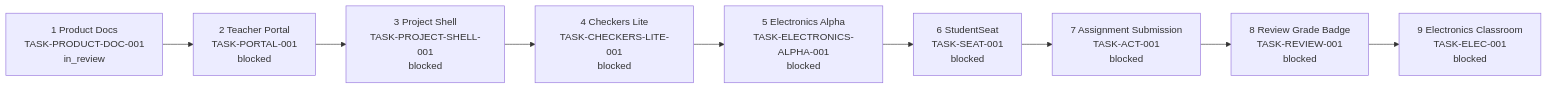
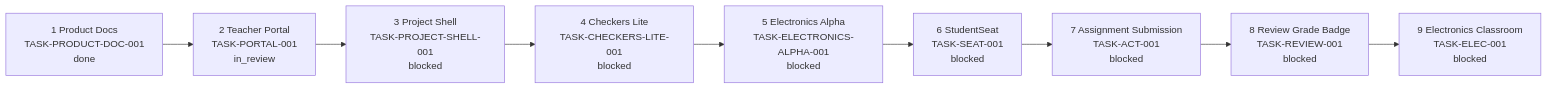
The first of 6 diagrams in docs/project-map/PROJECT_MAP.md (spikeal8-maker/asa-lab), drawn with Mermaid before and after one commit. The commit also changed 114 other files, not shown here.

First line of the commit message:
feat: Teacher Portal v0.1 (TASK-PORTAL-001)

````diff
--- a/docs/project-map/PROJECT_MAP.md
+++ b/docs/project-map/PROJECT_MAP.md
@@ -21,14 +21,14 @@
 ```mermaid
 flowchart LR
-    DOC[1 Product Docs<br/>TASK-PRODUCT-DOC-001<br/>in_review]
-    PORTAL[2 Teacher Portal<br/>TASK-PORTAL-001<br/>blocked]
+    DOC[1 Product Docs<br/>TASK-PRODUCT-DOC-001<br/>done]
+    PORTAL[2 Teacher Portal<br/>TASK-PORTAL-001<br/>in_review]
     PROJECT[3 Project Shell<br/>TASK-PROJECT-SHELL-001<br/>blocked]
     CHECKERS[4 Checkers Lite<br/>TASK-CHECKERS-LITE-001<br/>blocked]
     EALPHA[5 Electronics Alpha<br/>TASK-ELECTRONICS-ALPHA-001<br/>blocked]
     SEAT[6 StudentSeat<br/>TASK-SEAT-001<br/>blocked]
     ACT[7 Assignment Submission<br/>TASK-ACT-001<br/>blocked]
     REVIEW[8 Review Grade Badge<br/>TASK-REVIEW-001<br/>blocked]
     EFULL[9 Electronics Classroom<br/>TASK-ELEC-001<br/>blocked]
 
     DOC --> PORTAL --> PROJECT --> CHECKERS --> EALPHA --> SEAT --> ACT --> REVIEW --> EFULL
 ```
````
